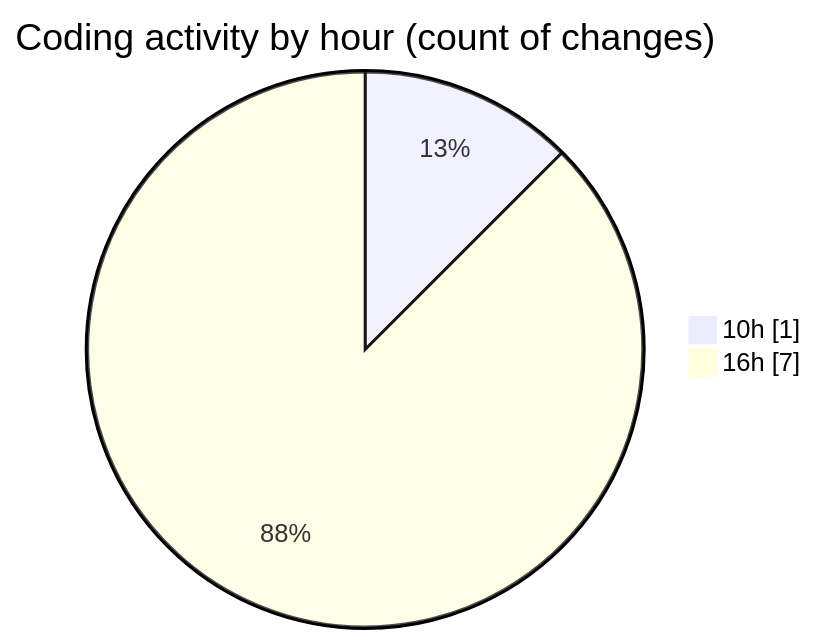
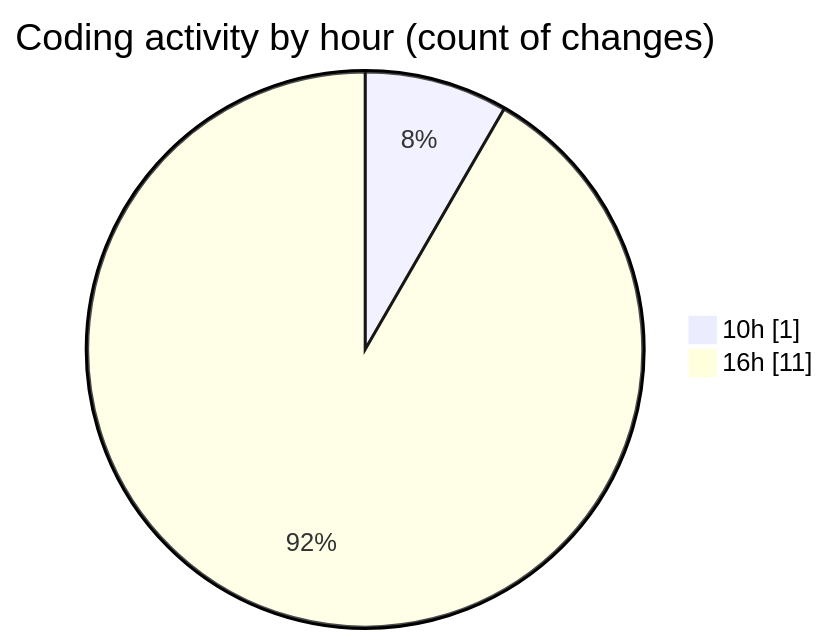
One commit to julien-gomy/code-tracking changed the second of 2 diagrams in 2025-11-12/cdp_aleoudev_fr__workspace_/README.md. Above: the diagram before and after it, drawn with Mermaid. The commit also changed other lines of this file and 1 other file, not shown here.

````diff
--- a/2025-11-12/cdp_aleoudev_fr__workspace_/README.md
+++ b/2025-11-12/cdp_aleoudev_fr__workspace_/README.md
@@ -30,6 +30,6 @@
 ```mermaid
 pie showData
 title Coding activity by hour (count of changes)
 "10h" : 1
-"16h" : 7
+"16h" : 11
 ```
````
